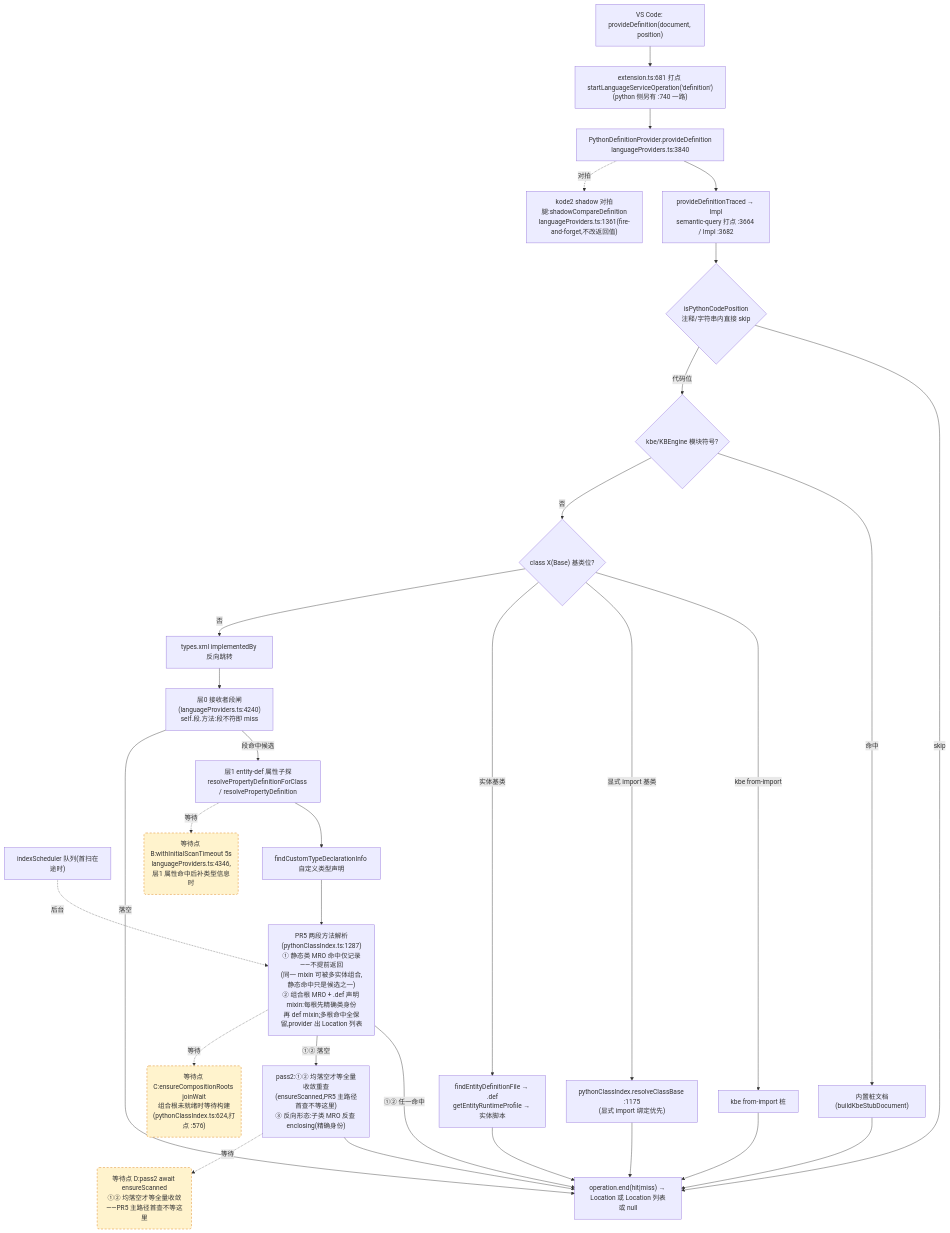
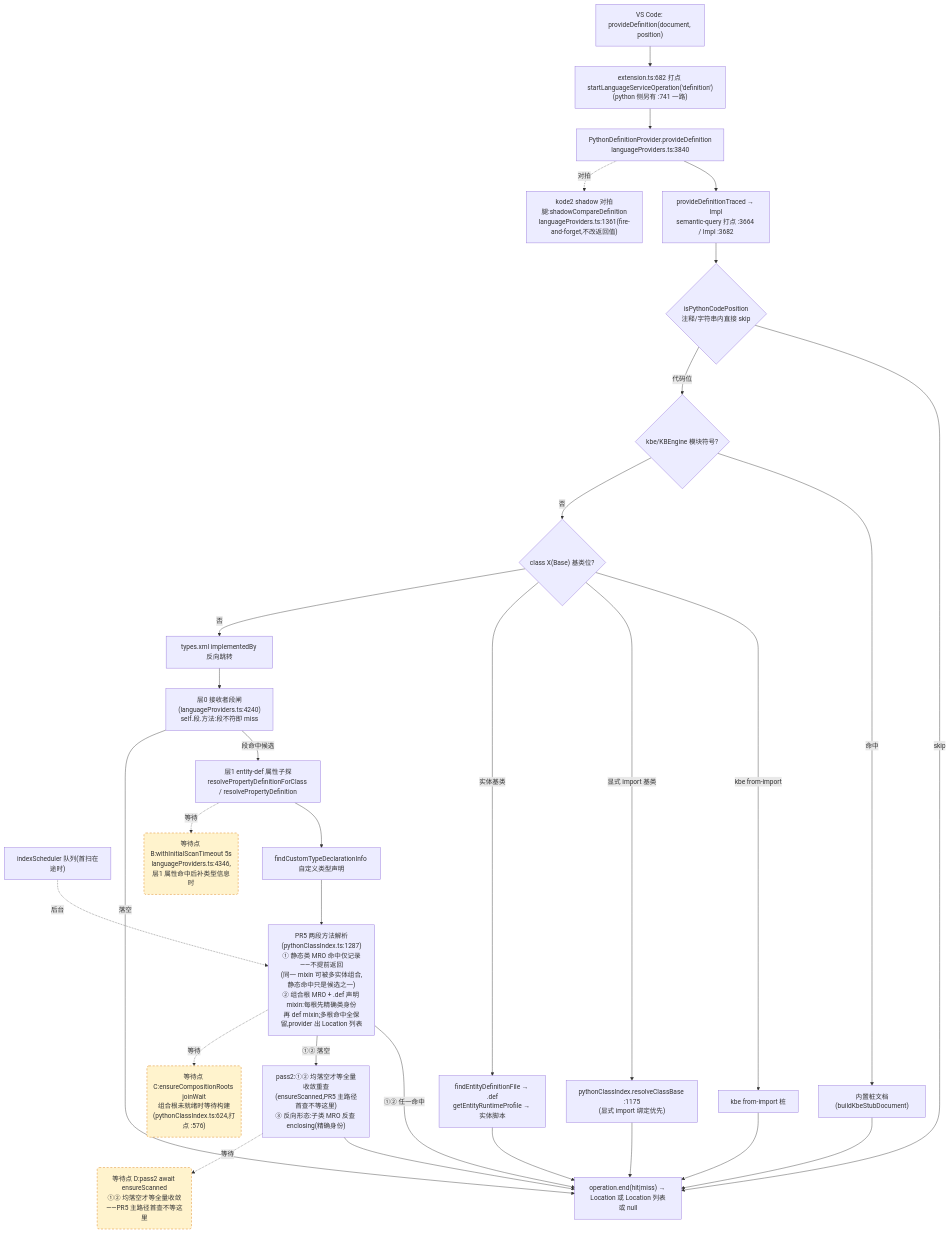
The second of 4 diagrams in docs/perf/2026-baseline.md (cuihairu/kode), drawn with Mermaid before and after one commit. The commit also changed other lines of this file and 10 other files, not shown here.

````diff
--- a/docs/perf/2026-baseline.md
+++ b/docs/perf/2026-baseline.md
@@ -130,51 +130,51 @@
 ```mermaid
 flowchart TD
   VC2["VS Code: provideDefinition(document, position)"]
-  M2["extension.ts:681 打点 startLanguageServiceOperation('definition')<br/>(python 侧另有 :740 一路)"]
+  M2["extension.ts:682 打点 startLanguageServiceOperation('definition')<br/>(python 侧另有 :741 一路)"]
   AD2["PythonDefinitionProvider.provideDefinition<br/>languageProviders.ts:3840"]
   TR["provideDefinitionTraced → Impl<br/>semantic-query 打点 :3664 / Impl :3682"]
   CTX{"isPythonCodePosition<br/>注释/字符串内直接 skip"}
   KBE{"kbe/KBEngine 模块符号?"}
   STUB["内置桩文档(buildKbeStubDocument)"]
   CB{"class X(Base) 基类位?"}
   CB1["kbe from-import 桩"]
   CB2["pythonClassIndex.resolveClassBase :1175<br/>(显式 import 绑定优先)"]
   CB3["findEntityDefinitionFile → .def<br/>getEntityRuntimeProfile → 实体脚本"]
   REV["types.xml implementedBy 反向跳转"]
   L0["层0 接收者段闸(languageProviders.ts:4240)<br/>self.段.方法:段不符即 miss"]
   L1["层1 entity-def 属性子探<br/>resolvePropertyDefinitionForClass / resolvePropertyDefinition"]
   SCAN["indexScheduler 队列(首扫在途时)"]
   TY["findCustomTypeDeclarationInfo 自定义类型声明"]
   MRO["PR5 两段方法解析(pythonClassIndex.ts:1287)<br/>① 静态类 MRO 命中仅记录——不提前返回<br/>(同一 mixin 可被多实体组合,静态命中只是候选之一)<br/>② 组合根 MRO + .def 声明 mixin:每根先精确类身份<br/>再 def mixin;多根命中全保留,provider 出 Location 列表"]
   PASS2["pass2:①② 均落空才等全量收敛重查<br/>(ensureScanned,PR5 主路径首查不等这里)<br/>③ 反向形态:子类 MRO 反查 enclosing(精确身份)"]
   SHD["kode2 shadow 对拍腿:shadowCompareDefinition<br/>languageProviders.ts:1361(fire-and-forget,不改返回值)"]
   END2["operation.end(hit|miss) → Location 或 Location 列表或 null"]
 
   VC2 --> M2 --> AD2 --> TR --> CTX
   CTX -- "skip" --> END2
   CTX -- "代码位" --> KBE
   KBE -- "命中" --> STUB --> END2
   KBE -- "否" --> CB
   CB -- "kbe from-import" --> CB1 --> END2
   CB -- "显式 import 基类" --> CB2 --> END2
   CB -- "实体基类" --> CB3 --> END2
   CB -- "否" --> REV --> L0
   L0 -- "段命中候选" --> L1
   L0 -- "落空" --> END2
   L1 --> TY
   TY --> MRO
   MRO -- "①② 任一命中" --> END2
   MRO -- "①② 落空" --> PASS2 --> END2
   AD2 -.->|对拍| SHD
 
   WAITB("等待点 B:withInitialScanTimeout 5s<br/>languageProviders.ts:4346,层1 属性命中后补类型信息时")
   WAITC("等待点 C:ensureCompositionRoots joinWait<br/>组合根未就绪时等待构建(pythonClassIndex.ts:624,打点 :576)")
   WAITD("等待点 D:pass2 await ensureScanned<br/>①② 均落空才等全量收敛——PR5 主路径首查不等这里")
   L1 -.->|等待| WAITB
   MRO -.->|等待| WAITC
   PASS2 -.->|等待| WAITD
   SCAN -.->|后台| MRO
 
   classDef waitPoint fill:#fff3cd,stroke:#d97706,stroke-dasharray:5 4;
   class WAITB,WAITC,WAITD waitPoint;
 ```
````
